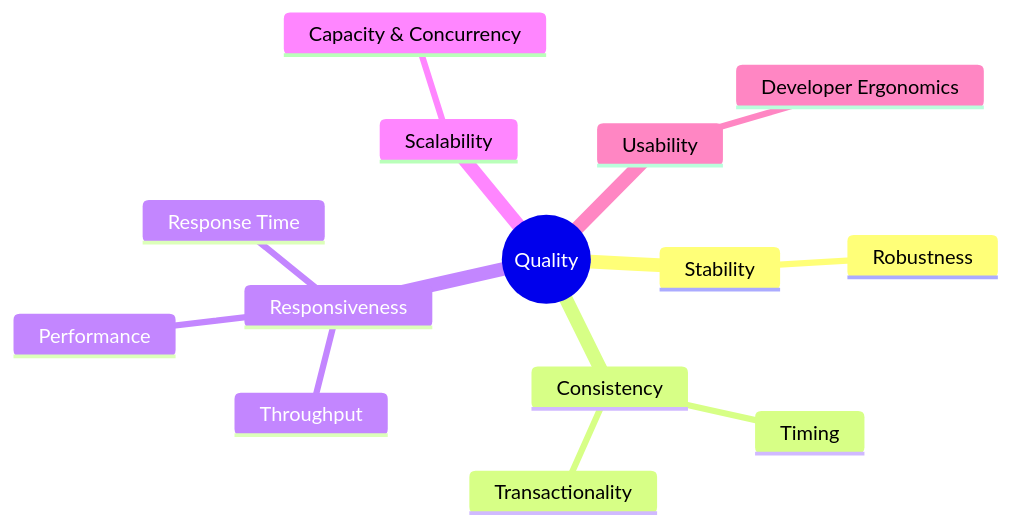
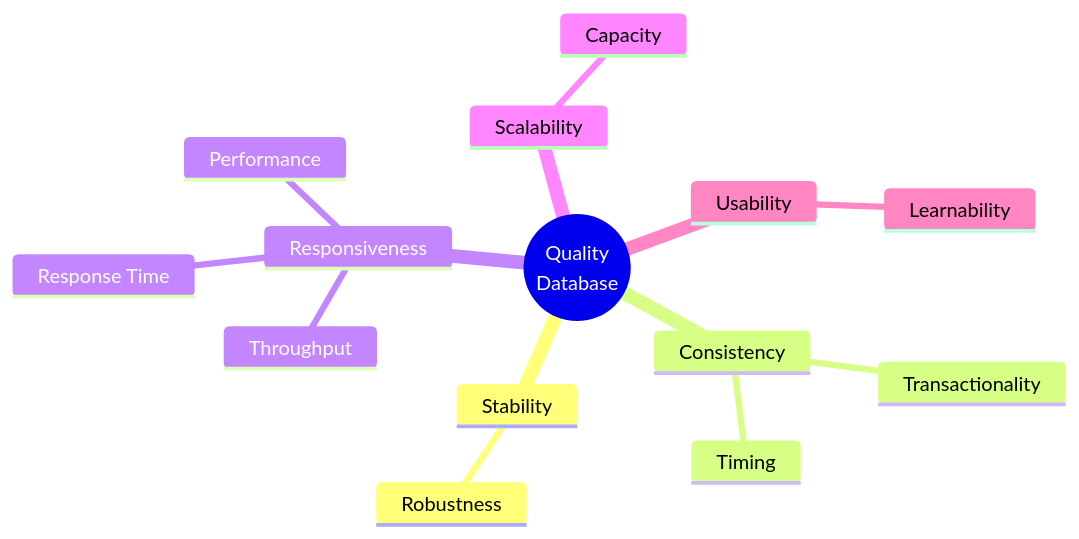
The third of 6 diagrams in doc/10. Quality Requirements.md (una-auxme/arlab), drawn with Mermaid before and after one commit. The commit also changed other lines of this file, not shown here.

Commit message:
'10. Quality Requirements.md' - All tables and graphics improved.

````diff
--- a/doc/10. Quality Requirements.md
+++ b/doc/10. Quality Requirements.md
@@ -89,17 +87,18 @@
 ```mermaid
 mindmap
-  root((Quality))
+  root((Quality
+        Database))
     Stability
       Robustness
     Consistency
       Transactionality
       Timing
     Responsiveness
       Performance
       Response Time
       Throughput
     Scalability
-      Capacity & Concurrency
+      Capacity
     Usability
-      Developer Ergonomics
+      Learnability
 ```
````
